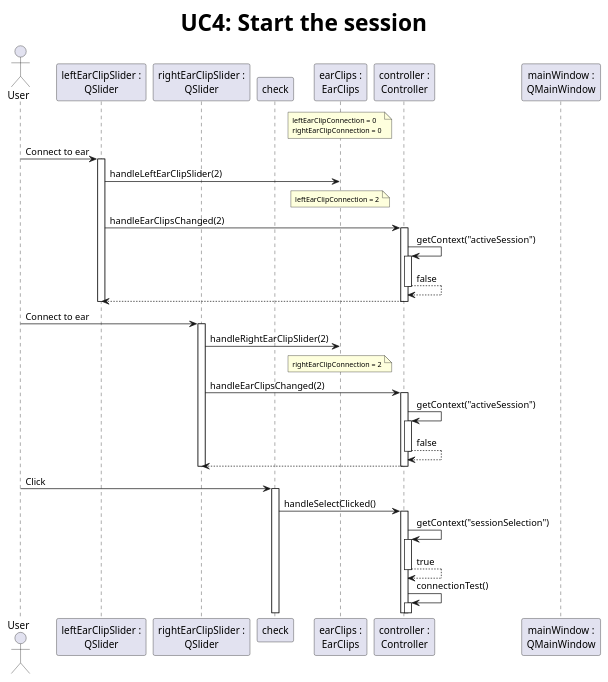
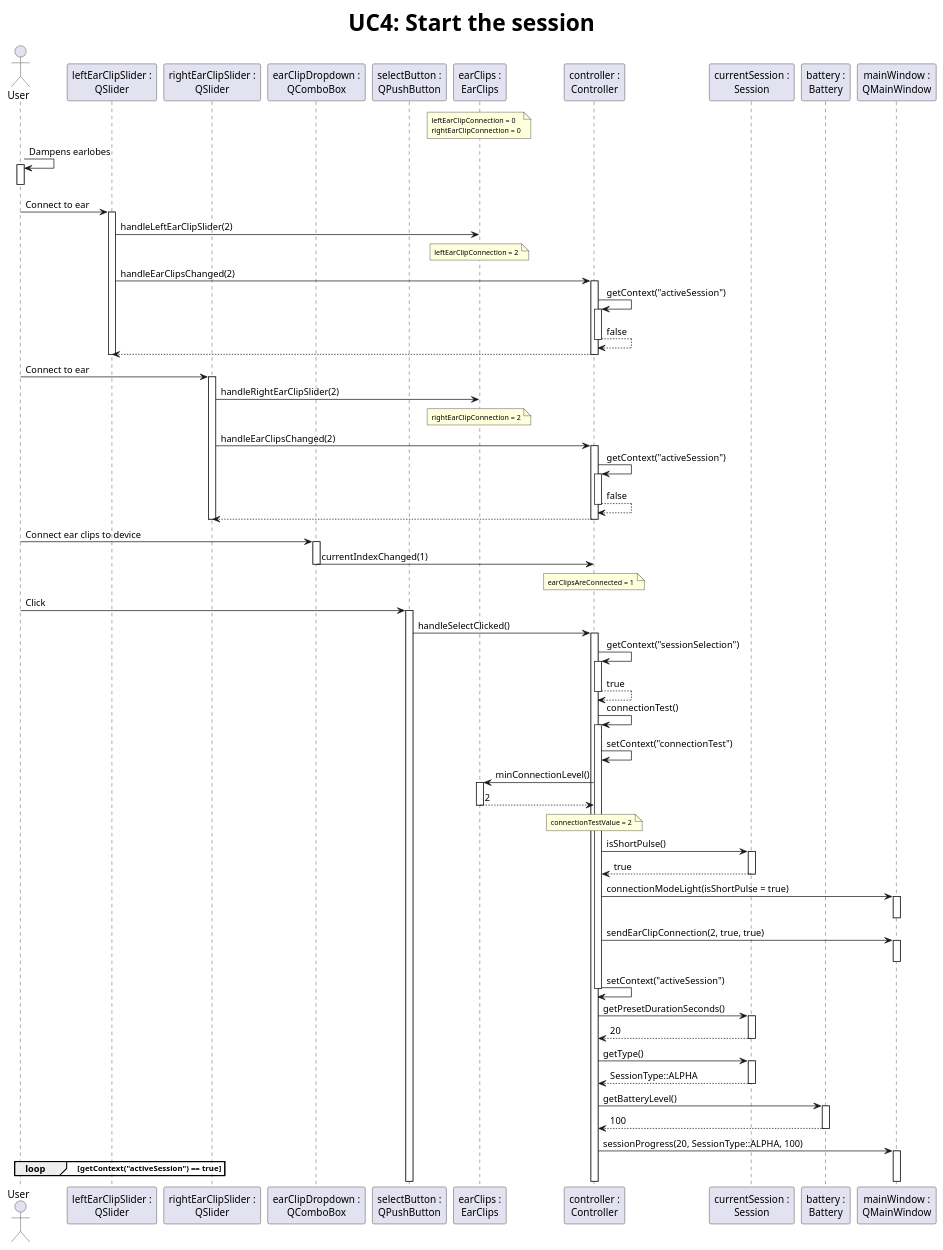
Before and after one commit to alejita11011/CES-Simulator: the diagram in design/sequence/UC4-activateSession.plantuml, drawn with PlantUML.

Commit message:
Update UC4

```diff
--- a/design/sequence/UC4-activateSession.plantuml
+++ b/design/sequence/UC4-activateSession.plantuml
@@ -1,43 +1,73 @@
 @startuml UC4-activateSession
 
 title <size:32>**UC4:** Start the session
 
 actor       User as user
 participant "leftEarClipSlider :\nQSlider" as leftSlider
 participant "rightEarClipSlider :\nQSlider" as rightSlider
+participant "earClipDropdown :\nQComboBox" as dropdown
 ' TODO
-participant check
+participant "selectButton :\nQPushButton" as check
 participant "earClips :\nEarClips" as earClips
 participant "controller :\nController" as controller
+participant "currentSession :\nSession" as session
+participant "battery :\nBattery" as battery
 participant "mainWindow :\nQMainWindow" as mainWindow
 
 note over earClips: <size:10>leftEarClipConnection = 0 \n<size:10>rightEarClipConnection = 0
 
+user -> user ++--: Dampens earlobes
 user -> leftSlider ++ : Connect to ear
 leftSlider -> earClips : handleLeftEarClipSlider(2)
 note over earClips: <size:10>leftEarClipConnection = 2
 leftSlider -> controller ++ : handleEarClipsChanged(2)
 controller -> controller ++ : getContext("activeSession")
 return false
 return
 leftSlider --
 
 user -> rightSlider ++ : Connect to ear
 rightSlider -> earClips : handleRightEarClipSlider(2)
 note over earClips: <size:10>rightEarClipConnection = 2
 rightSlider -> controller ++ : handleEarClipsChanged(2)
 controller -> controller ++ : getContext("activeSession")
 return false
 return
 rightSlider --
 
 ' TODO user connect earclips to device
+user -> dropdown ++ : Connect ear clips to device
+dropdown -> controller: currentIndexChanged(1)
+note over controller: <size:10>earClipsAreConnected = 1
+deactivate dropdown
 
 ' user clicks checkmark
 user -> check ++ : Click
 check -> controller ++ : handleSelectClicked()
 controller -> controller ++ : getContext("sessionSelection")
 return true
 controller -> controller ++ : connectionTest()
+controller -> controller : setContext("connectionTest")
+controller -> earClips ++: minConnectionLevel()
+return 2
+note over controller: <size:10>connectionTestValue = 2
+controller -> session ++: isShortPulse()
+return true
+controller -> mainWindow ++: connectionModeLight(isShortPulse = true)
+deactivate mainWindow
+controller -> mainWindow ++: sendEarClipConnection(2, true, true)
+deactivate mainWindow
+controller -> controller : setContext("activeSession")
+deactivate controller
+controller -> session ++: getPresetDurationSeconds()
+return 20
+controller -> session ++: getType()
+return SessionType::ALPHA
+controller -> battery ++: getBatteryLevel()
+return 100
+controller -> mainWindow ++: sessionProgress(20, SessionType::ALPHA, 100)
+loop getContext("activeSession") == true
+    
+end
 
 @enduml
```
